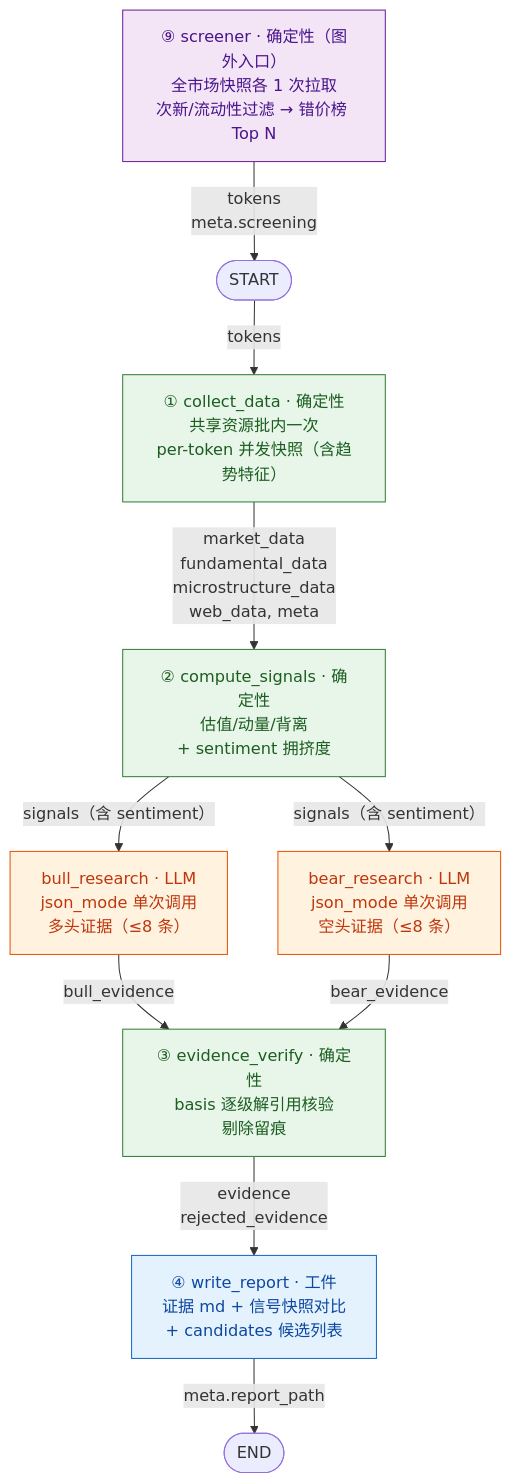
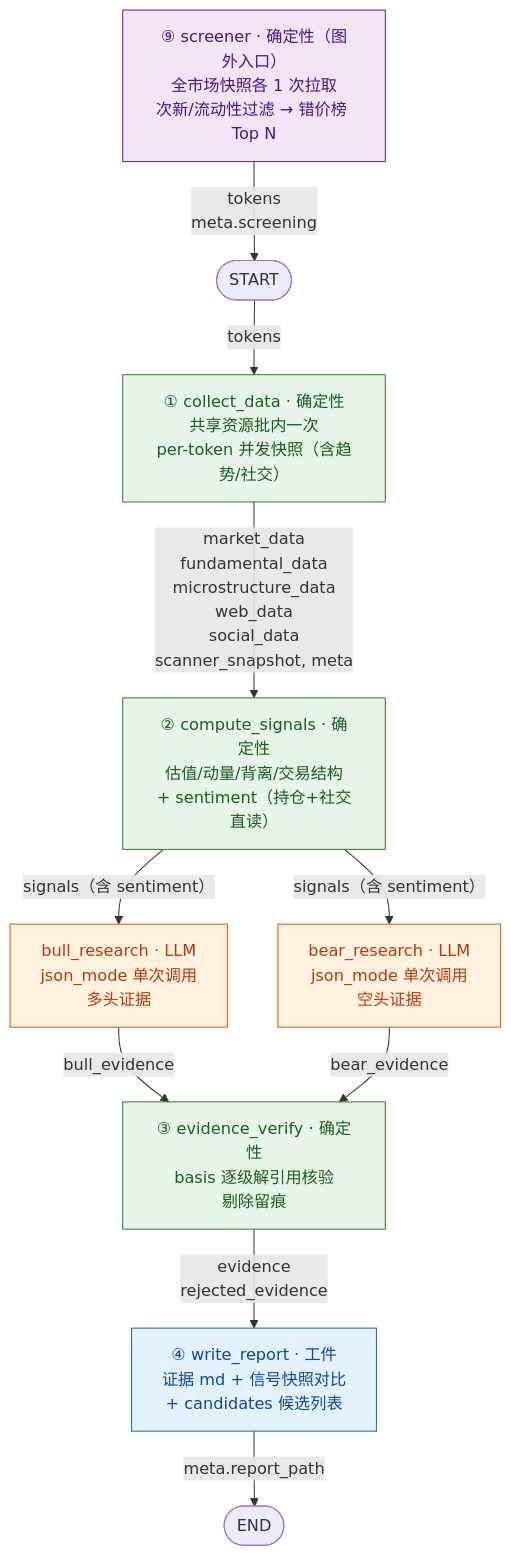
One commit to whateverdoi/CrossEx changed the diagram in AgentArchitecture_Combined.md. Above: the diagram before and after it, drawn with Mermaid. The commit also changed other lines of this file and 29 other files, not shown here.

First line of the commit message:
feat(architecture): 更新代理架构文档添加社交数据和信号计算功能

````diff
--- a/AgentArchitecture_Combined.md
+++ b/AgentArchitecture_Combined.md
@@ -28,32 +30,32 @@
 ```mermaid
 flowchart TD
     classDef DET fill:#e8f5e9,stroke:#2e7d32,color:#1b5e20;
     classDef LLM fill:#fff3e0,stroke:#e65100,color:#bf360c;
     classDef OUT fill:#e3f2fd,stroke:#1565c0,color:#0d47a1;
     classDef SCR fill:#f3e5f5,stroke:#6a1b9a,color:#4a148c;
 
     SCR["⑨ screener · 确定性（图外入口）<br/>全市场快照各 1 次拉取<br/>次新/流动性过滤 → 错价榜 Top N"]
     START([START])
-    CD["① collect_data · 确定性<br/>共享资源批内一次<br/>per-token 并发快照（含趋势特征）"]
-    CS["② compute_signals · 确定性<br/>估值/动量/背离<br/>+ sentiment 拥挤度"]
-    BR["bull_research · LLM<br/>json_mode 单次调用<br/>多头证据（≤8 条）"]
-    BA["bear_research · LLM<br/>json_mode 单次调用<br/>空头证据（≤8 条）"]
+    CD["① collect_data · 确定性<br/>共享资源批内一次<br/>per-token 并发快照（含趋势/社交）"]
+    CS["② compute_signals · 确定性<br/>估值/动量/背离/交易结构<br/>+ sentiment（持仓+社交直读）"]
+    BR["bull_research · LLM<br/>json_mode 单次调用<br/>多头证据"]
+    BA["bear_research · LLM<br/>json_mode 单次调用<br/>空头证据"]
     EV["③ evidence_verify · 确定性<br/>basis 逐级解引用核验<br/>剔除留痕"]
     WR["④ write_report · 工件<br/>证据 md + 信号快照对比<br/>+ candidates 候选列表"]
     DONE([END])
 
     SCR -->|"tokens<br/>meta.screening"| START
     START -->|"tokens"| CD
-    CD -->|"market_data<br/>fundamental_data<br/>microstructure_data<br/>web_data, meta"| CS
+    CD -->|"market_data<br/>fundamental_data<br/>microstructure_data<br/>web_data<br/>social_data<br/>scanner_snapshot, meta"| CS
     CS -->|"signals（含 sentiment）"| BR
     CS -->|"signals（含 sentiment）"| BA
     BR -->|"bull_evidence"| EV
     BA -->|"bear_evidence"| EV
     EV -->|"evidence<br/>rejected_evidence"| WR
     WR -->|"meta.report_path"| DONE
 
     class CD,CS,EV DET
     class BR,BA LLM
     class WR OUT
     class SCR SCR
 ```
````
